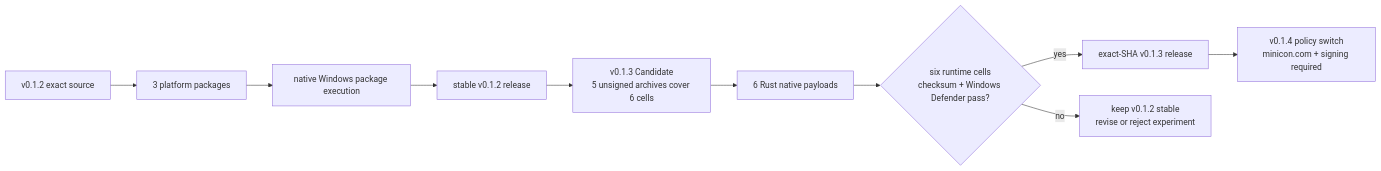
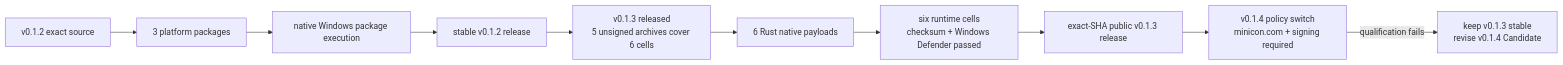
Before and after one commit to partnernetsoftware/minicon: the first of 4 diagrams in prd/PRD_02_27_con_delivery.md, drawn with Mermaid. The commit also changed other lines of this file and 5 other files, not shown here.

````diff
--- a/prd/PRD_02_27_con_delivery.md
+++ b/prd/PRD_02_27_con_delivery.md
@@ -82,12 +55,12 @@
 ```mermaid
 flowchart LR
     S12["v0.1.2 exact source"] --> B12["3 platform packages"]
     B12 --> W12["native Windows package execution"]
     W12 --> R12["stable v0.1.2 release"]
-    R12 --> X13["v0.1.3 Candidate<br/>5 unsigned archives cover 6 cells"]
+    R12 --> X13["v0.1.3 released<br/>5 unsigned archives cover 6 cells"]
     X13 --> P13["6 Rust native payloads"]
-    P13 --> G13{"six runtime cells<br/>checksum + Windows Defender pass?"}
-    G13 -->|yes| R13["exact-SHA v0.1.3 release"]
-    G13 -->|no| K12["keep v0.1.2 stable<br/>revise or reject experiment"]
+    P13 --> G13["six runtime cells<br/>checksum + Windows Defender passed"]
+    G13 --> R13["exact-SHA public v0.1.3 release"]
     R13 --> X14["v0.1.4 policy switch<br/>minicon.com + signing required"]
+    X14 -->|qualification fails| K12["keep v0.1.3 stable<br/>revise v0.1.4 Candidate"]
 ```
````
